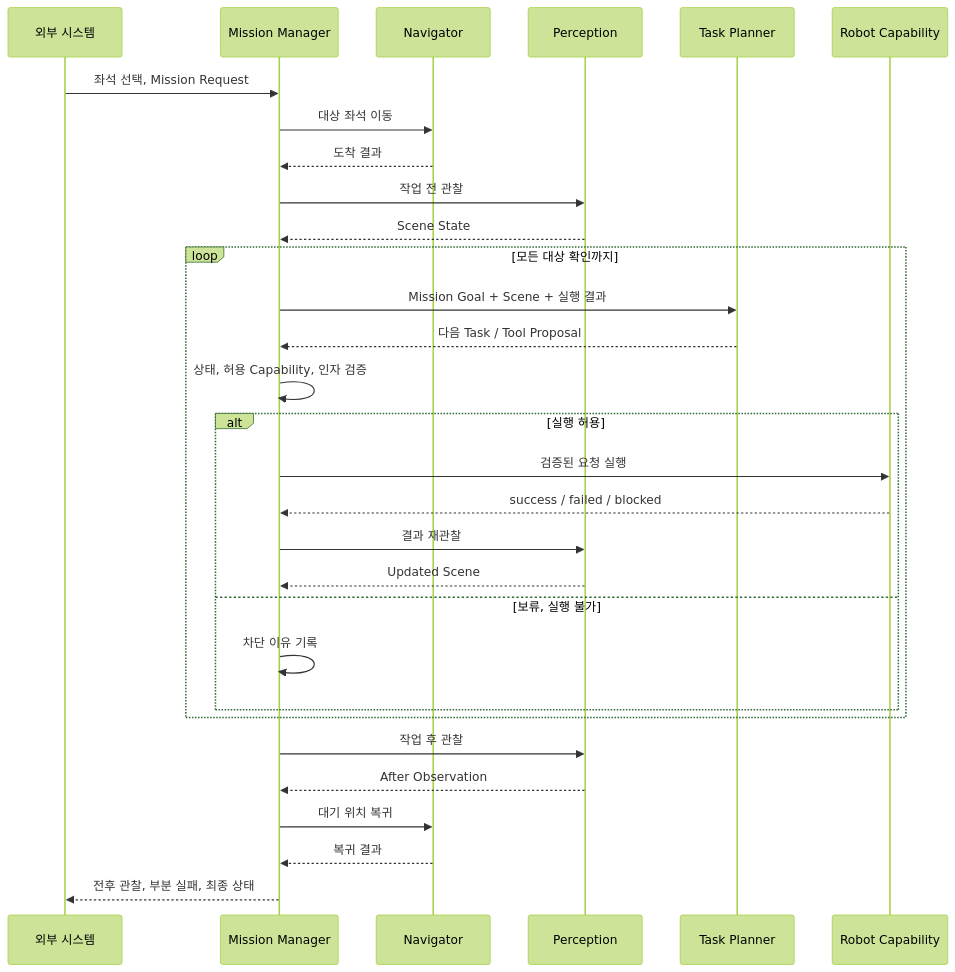
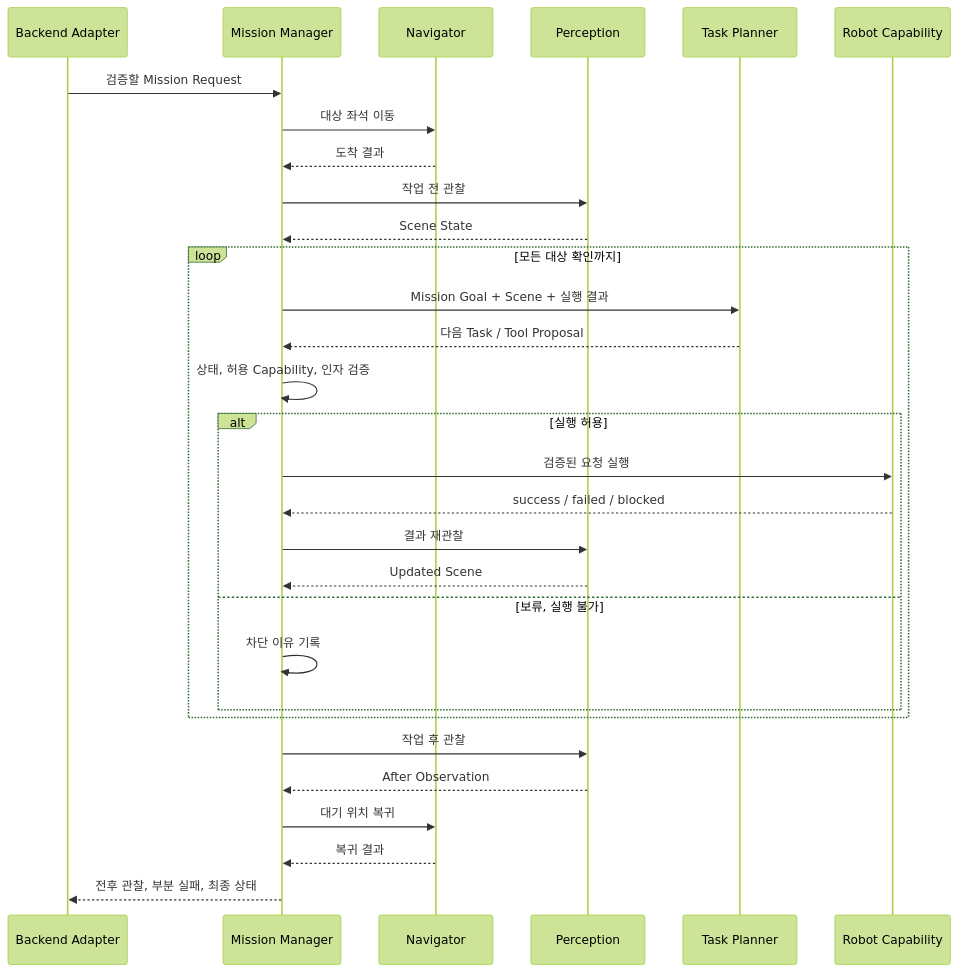
Before and after one commit to asm17-moving-agent/cleany-docs: the diagram in 20_TECHNICAL/09 - Mission Lifecycle.md, drawn with Mermaid (forest theme). The commit also changed other lines of this file and 6 other files, not shown here.

````diff
--- a/20_TECHNICAL/09 - Mission Lifecycle.md
+++ b/20_TECHNICAL/09 - Mission Lifecycle.md
@@ -11,35 +15,35 @@
 ```mermaid
 sequenceDiagram
-    participant UI as 외부 시스템
+    participant Control as Backend Adapter
     participant Mission as Mission Manager
     participant Nav as Navigator
     participant Perception
     participant Planner as Task Planner
     participant Capability as Robot Capability
 
-    UI->>Mission: 좌석 선택, Mission Request
+    Control->>Mission: 검증할 Mission Request
     Mission->>Nav: 대상 좌석 이동
     Nav-->>Mission: 도착 결과
     Mission->>Perception: 작업 전 관찰
     Perception-->>Mission: Scene State
 
     loop 모든 대상 확인까지
         Mission->>Planner: Mission Goal + Scene + 실행 결과
         Planner-->>Mission: 다음 Task / Tool Proposal
         Mission->>Mission: 상태, 허용 Capability, 인자 검증
         alt 실행 허용
             Mission->>Capability: 검증된 요청 실행
             Capability-->>Mission: success / failed / blocked
             Mission->>Perception: 결과 재관찰
             Perception-->>Mission: Updated Scene
         else 보류, 실행 불가
             Mission->>Mission: 차단 이유 기록
         end
     end
 
     Mission->>Perception: 작업 후 관찰
     Perception-->>Mission: After Observation
     Mission->>Nav: 대기 위치 복귀
     Nav-->>Mission: 복귀 결과
-    Mission-->>UI: 전후 관찰, 부분 실패, 최종 상태
+    Mission-->>Control: 전후 관찰, 부분 실패, 최종 상태
 ```
````
